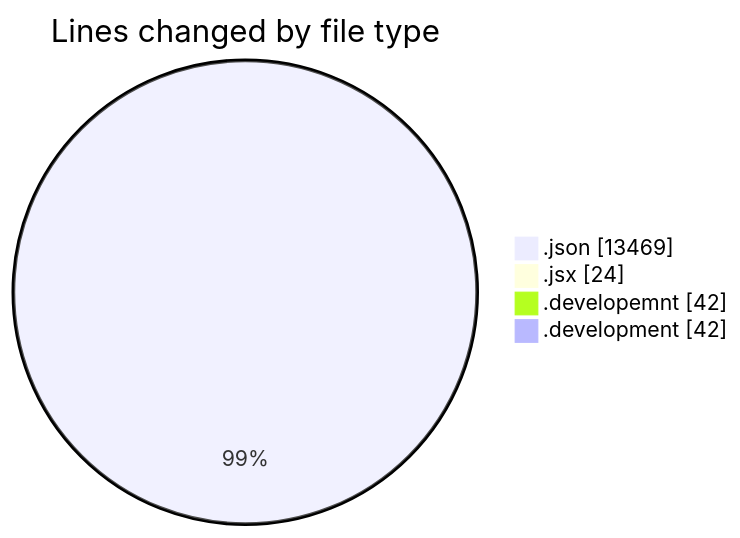
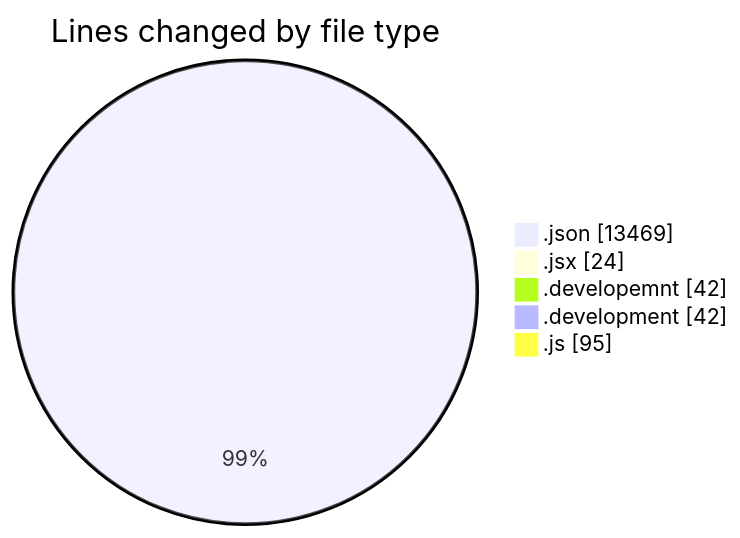
The first of 2 diagrams in 2025-10-30/nxtqube_webapp/README.md (nxtqubesakshisongat/code-tracking), drawn with Mermaid before and after one commit. The commit also changed other lines of this file and 1 other file, not shown here.

````diff
--- a/2025-10-30/nxtqube_webapp/README.md
+++ b/2025-10-30/nxtqube_webapp/README.md
@@ -23,8 +24,9 @@
 ```mermaid
 pie showData
 title Lines changed by file type
 ".json" : 13469
 ".jsx" : 24
 ".developemnt" : 42
 ".development" : 42
+".js" : 95
 ```
````
